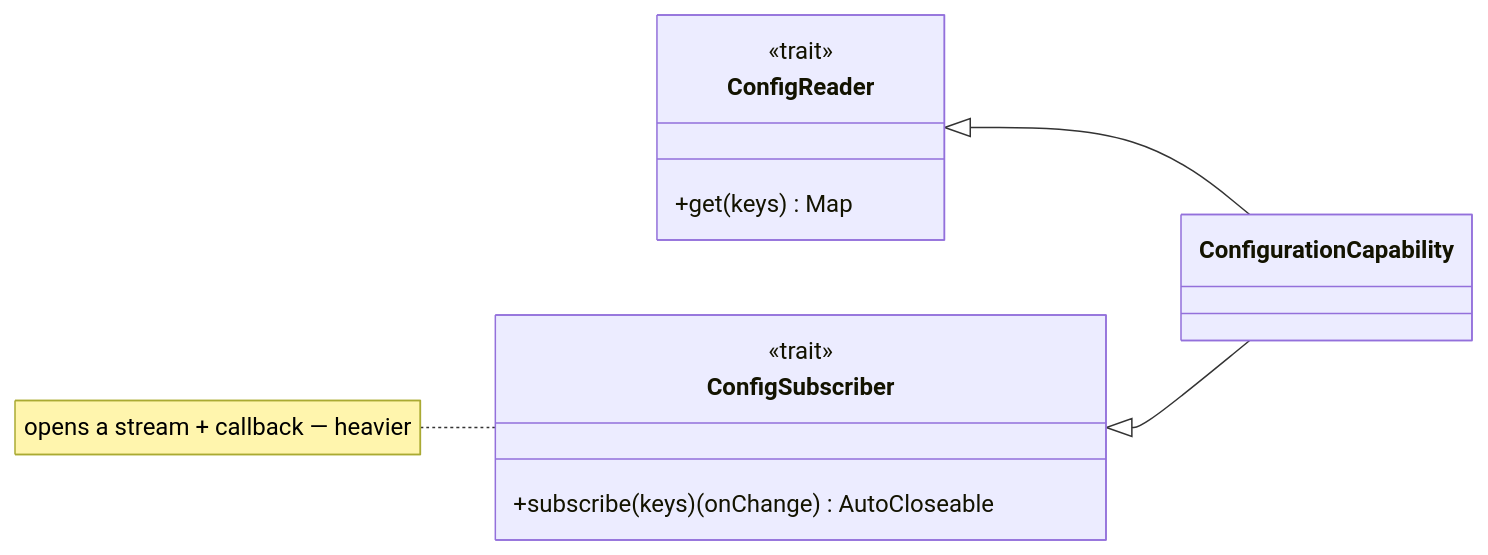
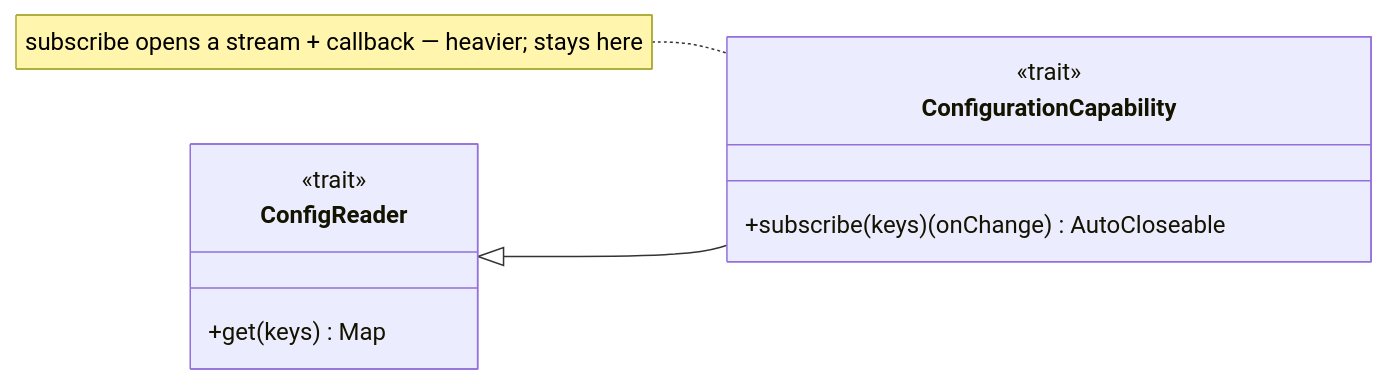
Diagram 31 of 36 in docs/CAPABILITY-SPLITS.md (sideeffffect/dapr4s), drawn with Mermaid before and after one commit. The commit also changed other lines of this file, not shown here.

````diff
--- a/docs/CAPABILITY-SPLITS.md
+++ b/docs/CAPABILITY-SPLITS.md
@@ -658,16 +675,14 @@
 ```mermaid
 classDiagram
     direction LR
     class ConfigReader {
         <<trait>>
         +get(keys) Map
     }
-    class ConfigSubscriber {
+    class ConfigurationCapability {
         <<trait>>
         +subscribe(keys)(onChange) AutoCloseable
     }
-    class ConfigurationCapability
     ConfigReader <|-- ConfigurationCapability
-    ConfigSubscriber <|-- ConfigurationCapability
-    note for ConfigSubscriber "opens a stream + callback — heavier"
+    note for ConfigurationCapability "subscribe opens a stream + callback — heavier; stays here"
 ```
````
